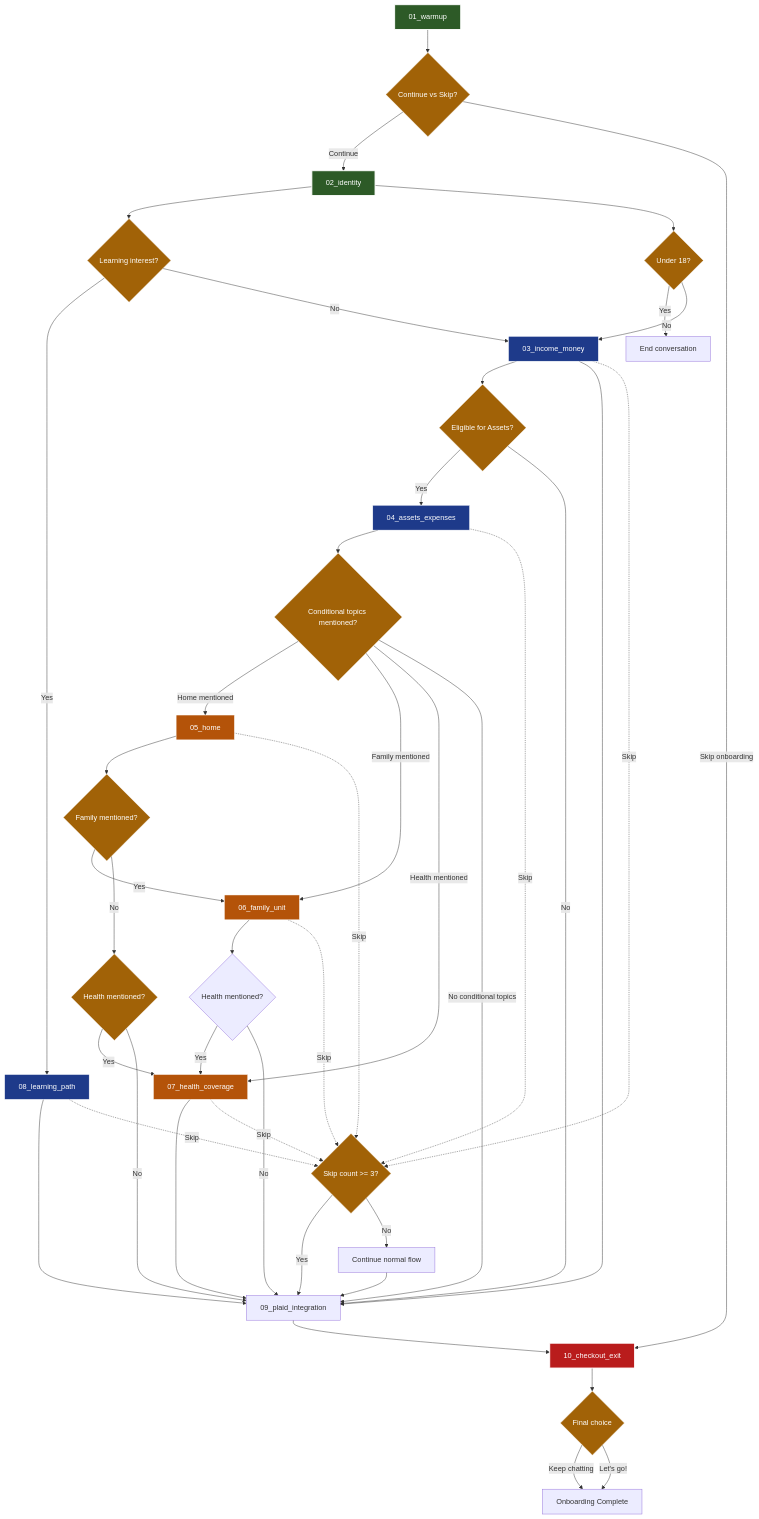
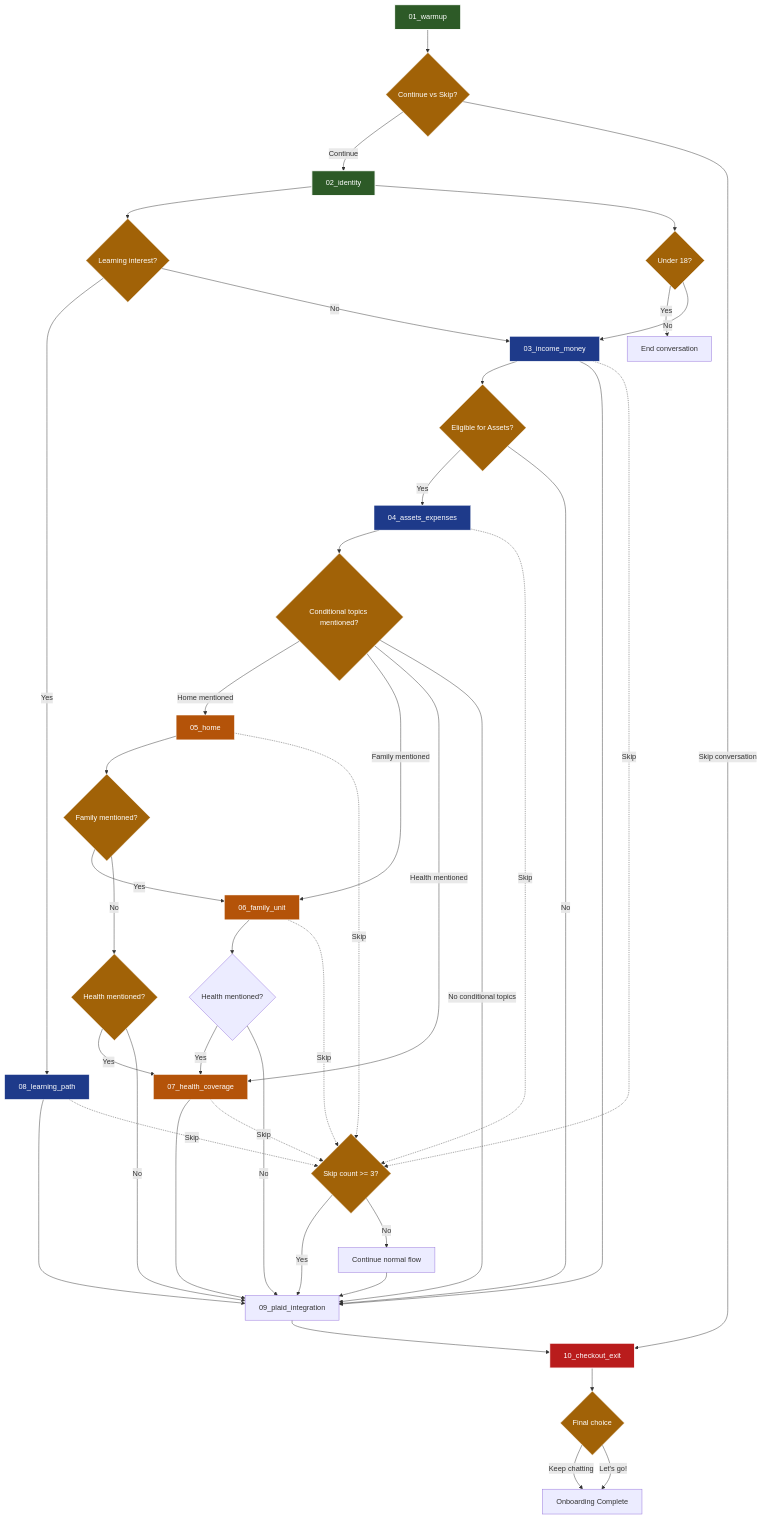
Before and after one commit to carrizojuancruz/ai: the diagram in docs/features-and-prompts/onboarding-prompts/README.md, drawn with Mermaid. The commit also changed other lines of this file and 1 other file, not shown here.

First line of the commit message:
fix tone for onboarding agent

````diff
--- a/docs/features-and-prompts/onboarding-prompts/README.md
+++ b/docs/features-and-prompts/onboarding-prompts/README.md
@@ -47,81 +47,81 @@
 ```mermaid
 flowchart TD
     %% Warmup binary choice - NEW LOGIC
     A[01_warmup] --> A1{Continue vs Skip?}
     A1 -->|Continue| B[02_identity]
-    A1 -->|Skip onboarding| V[10_checkout_exit]
+    A1 -->|Skip conversation| V[10_checkout_exit]
     
     %% Main onboarding flow
     B --> C{Learning interest?}
     C -->|Yes| D[08_learning_path]
     C -->|No| E[03_income_money]
     
     %% Age validation
     B --> F{Under 18?}
     F -->|Yes| G[End conversation]
     F -->|No| E
     
     %% Income and assets flow
     E --> H{Eligible for Assets?}
     H -->|Yes| I[04_assets_expenses]
     H -->|No| R[09_plaid_integration]
     
     %% Conditional nodes - only if topics mentioned
     I --> J{Conditional topics mentioned?}
     J -->|Home mentioned| L[05_home]
     J -->|Family mentioned| N[06_family_unit]
     J -->|Health mentioned| P[07_health_coverage]
     J -->|No conditional topics| R
     
     %% All conditional nodes flow to next conditional or Plaid
     L --> M{Family mentioned?}
     M -->|Yes| N
     M -->|No| O{Health mentioned?}
     O -->|Yes| P
     O -->|No| R
     
     N --> S{Health mentioned?}
     S -->|Yes| P
     S -->|No| R
     
     %% All paths converge to Plaid Integration
     P --> R
     D --> R
     E --> R
     
     %% UNIVERSAL: All nodes → Plaid → Checkout
     R --> V[10_checkout_exit]
     
     %% Skip tracking - goes to Plaid, NOT directly to checkout
     E -.->|Skip| U{Skip count >= 3?}
     I -.->|Skip| U
     L -.->|Skip| U
     N -.->|Skip| U
     P -.->|Skip| U
     D -.->|Skip| U
     
     U -->|Yes| R
     U -->|No| W[Continue normal flow]
     W --> R
     
     %% Universal exit options (after Plaid)
     V --> X{Final choice}
     X -->|Keep chatting| AA[Onboarding Complete]
     X -->|Let's go!| AA[Onboarding Complete]
     
     %% Both choices immediately complete onboarding
     %% No extended conversation - both paths are identical
     
     %% Styling
     classDef required fill:#2d5a27,stroke:#fff,stroke-width:2px,color:#fff
     classDef optional fill:#1e3a8a,stroke:#fff,stroke-width:1px,color:#fff
     classDef conditional fill:#b45309,stroke:#fff,stroke-width:1px,color:#fff
     classDef system fill:#b91c1c,stroke:#fff,stroke-width:2px,color:#fff
     classDef decision fill:#a16207,stroke:#fff,stroke-width:1px,color:#fff
     
     class A,B required
     class E,I,D optional
     class L,N,P conditional
     class V system
     class A1,C,F,H,J,K,M,O,U,X decision
 ```
````
